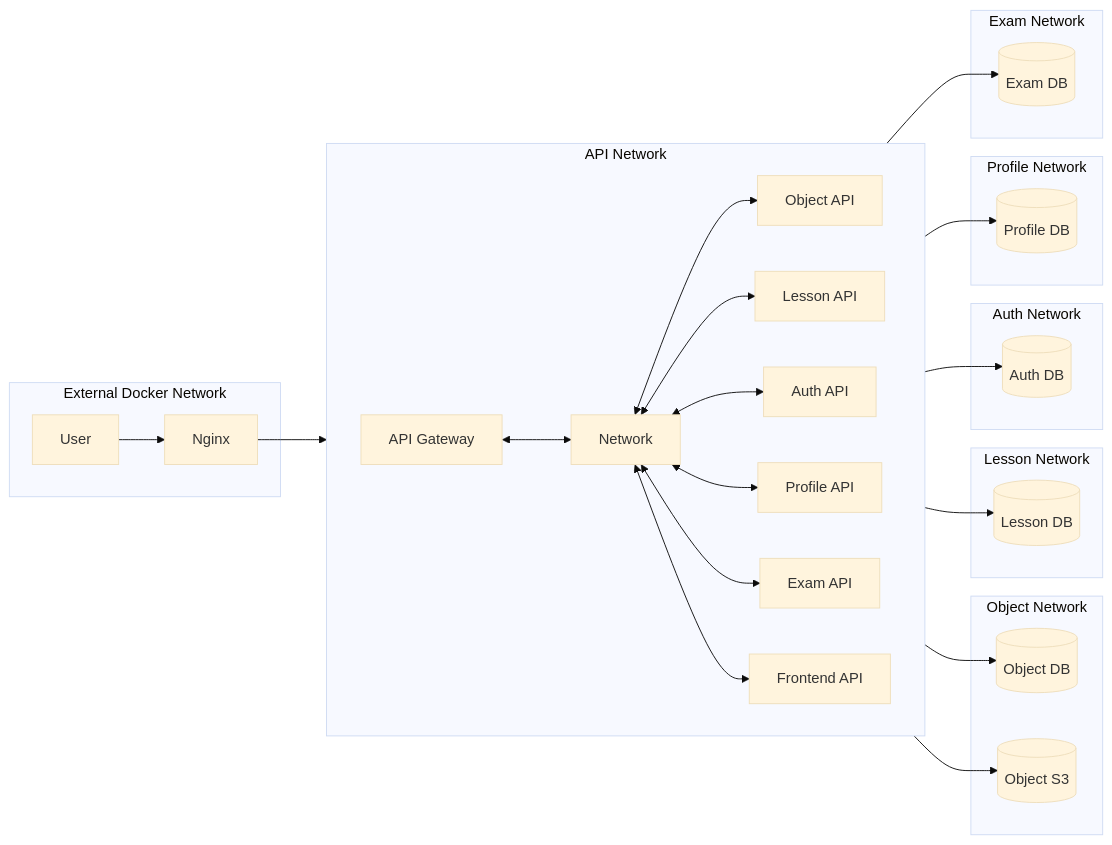
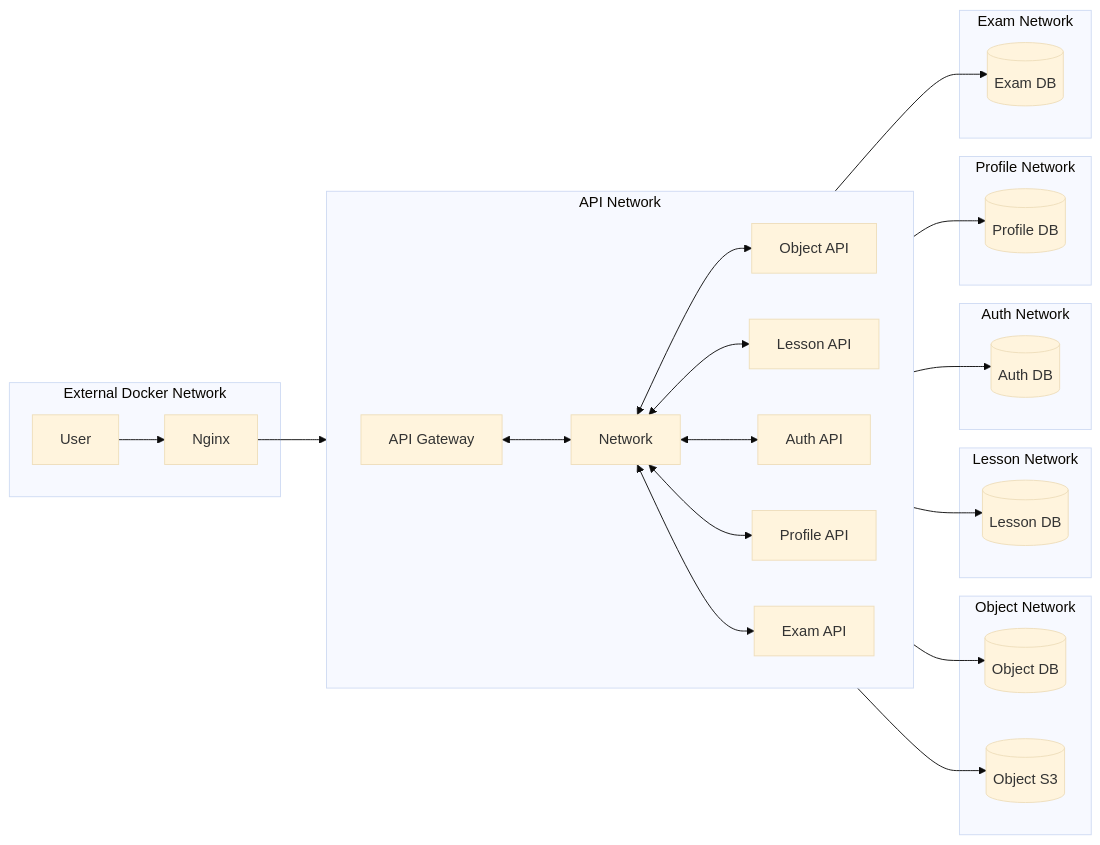
The diagram in docs/ARCH.md (Raiders-io/Transcendence), drawn with Mermaid (base theme) before and after one commit. The commit also changed other lines of this file, not shown here.

Commit message:
feat: updated Backend_Auth-Service to current version + doc updated

````diff
--- a/docs/ARCH.md
+++ b/docs/ARCH.md
@@ -6,44 +14,43 @@
 ```mermaid
 flowchart LR
     subgraph s0["External Docker Network"]
         User["User"]
         Nginx["Nginx"]
     end
     subgraph s1["API Network"]
     direction LR
         GW["API Gateway"]
         Network["Network"]
-        API_Frontend["Frontend API"]
         API_Auth["Auth API"]
         API_Obj["Object API"]
         API_Profile["Profile API"]
         API_Lesson["Lesson API"]
         API_Exam["Exam API"]
     end
     subgraph s2["Object Network"]
         DB_Obj[("Object DB")]
         STO_Obj[("Object S3")]
     end
     subgraph s3["Lesson Network"]
         DB_Lesson[("Lesson DB")]
     end
     subgraph s4["Auth Network"]
         DB_Auth[("Auth DB")]
     end
     subgraph s5["Profile Network"]
         DB_Profile[("Profile DB")]
     end
     subgraph s6["Exam Network"]
         DB_Exam[("Exam DB")]
     end
 
     User --> Nginx
     Nginx --> GW
     GW <--> Network
-    Network <--> API_Obj & API_Lesson & API_Auth & API_Profile & API_Exam & API_Frontend
+    Network <--> API_Obj & API_Lesson & API_Auth & API_Profile & API_Exam 
     API_Obj --> DB_Obj & STO_Obj
     API_Lesson --> DB_Lesson
     API_Auth --> DB_Auth
     API_Profile --> DB_Profile
     API_Exam --> DB_Exam
 ```
````
